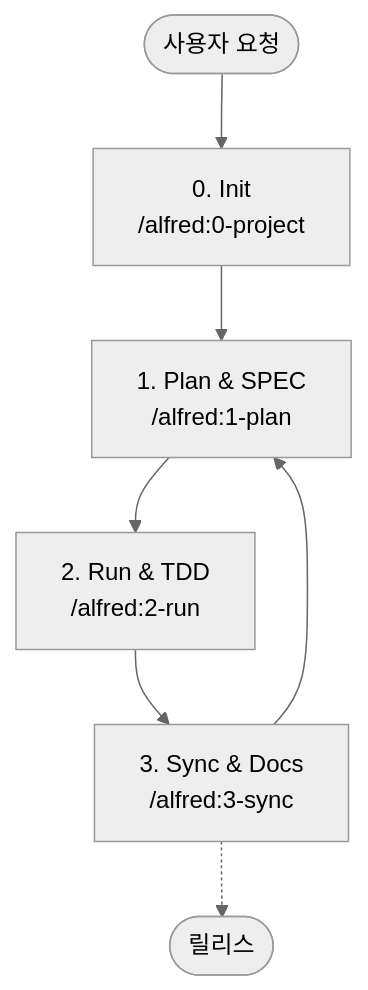
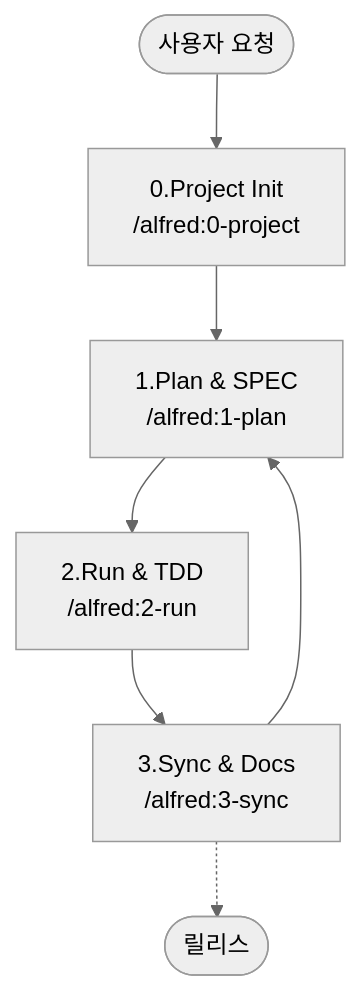
One commit to modu-ai/moai-adk changed the first of 2 diagrams in README.ko.md. Above: the diagram before and after it, drawn with Mermaid. The commit also changed other lines of this file and 24 other files, not shown here.

````diff
--- a/README.ko.md
+++ b/README.ko.md
@@ -363,10 +364,10 @@
 ```mermaid
 %%{init: {'theme':'neutral'}}%%
 graph TD
-    Start([사용자 요청]) --> Init[0. Init<br/>/alfred:0-project]
-    Init --> Plan[1. Plan & SPEC<br/>/alfred:1-plan]
-    Plan --> Run[2. Run & TDD<br/>/alfred:2-run]
-    Run --> Sync[3. Sync & Docs<br/>/alfred:3-sync]
+    Start([사용자 요청]) --> Project[0.Project Init<br/>/alfred:0-project]
+    Project --> Plan[1.Plan & SPEC<br/>/alfred:1-plan]
+    Plan --> Run[2.Run & TDD<br/>/alfred:2-run]
+    Run --> Sync[3.Sync & Docs<br/>/alfred:3-sync]
     Sync --> Plan
     Sync -.-> End([릴리스])
 ```
````
